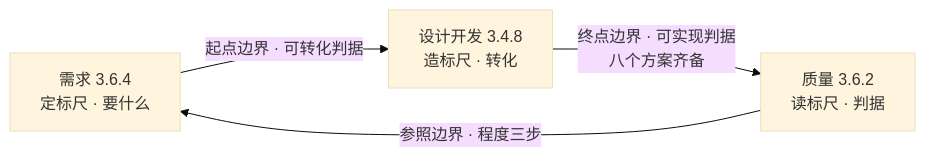
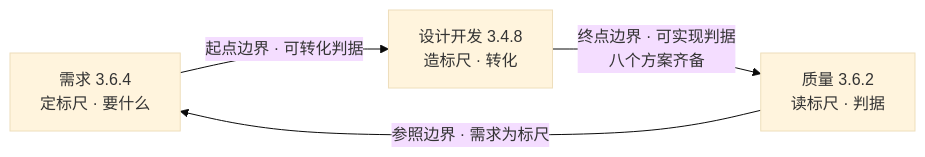
One commit to Yongjunzhou/AOS-system-design changed the diagram in 50-research/教材书/03-第3章-三基座-需求设计与质量.md. Above: the diagram before and after it, drawn with Mermaid (base theme). The commit also changed other lines of this file and 8 other files, not shown here.

````diff
--- a/50-research/教材书/03-第3章-三基座-需求设计与质量.md
+++ b/50-research/教材书/03-第3章-三基座-需求设计与质量.md
@@ -611,9 +611,9 @@
 ```mermaid
 flowchart LR
     R["需求 3.6.4<br/>定标尺 · 要什么"]
     D["设计开发 3.4.8<br/>造标尺 · 转化"]
     Q["质量 3.6.2<br/>读标尺 · 判据"]
     R -->|"起点边界 · 可转化判据"| D
     D -->|"终点边界 · 可实现判据<br/>八个方案齐备"| Q
-    Q -->|"参照边界 · 程度三步"| R
+    Q -->|"参照边界 · 需求为标尺"| R
 ```
````
